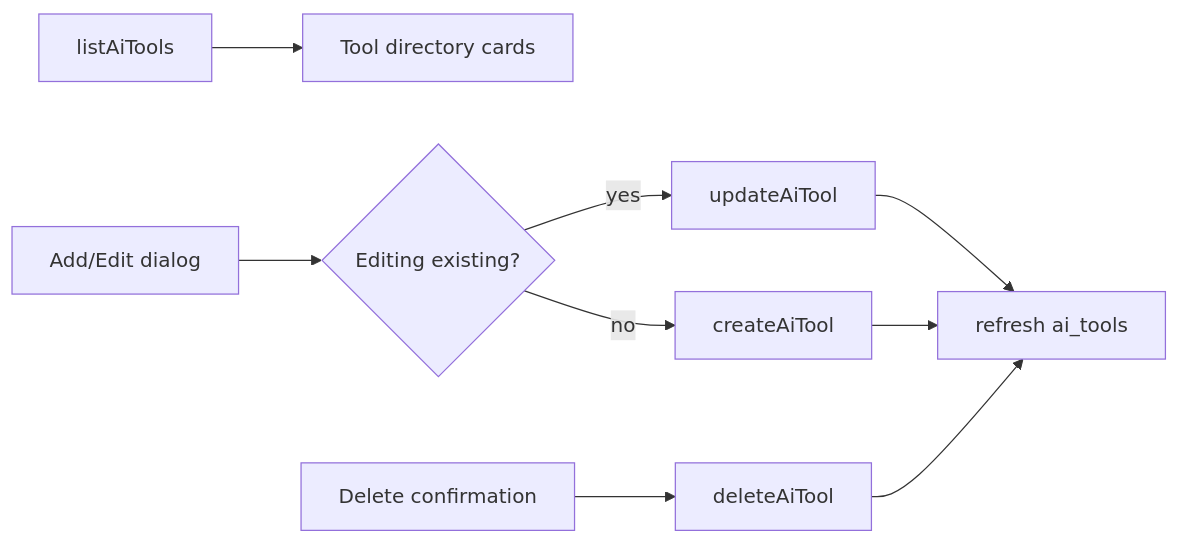
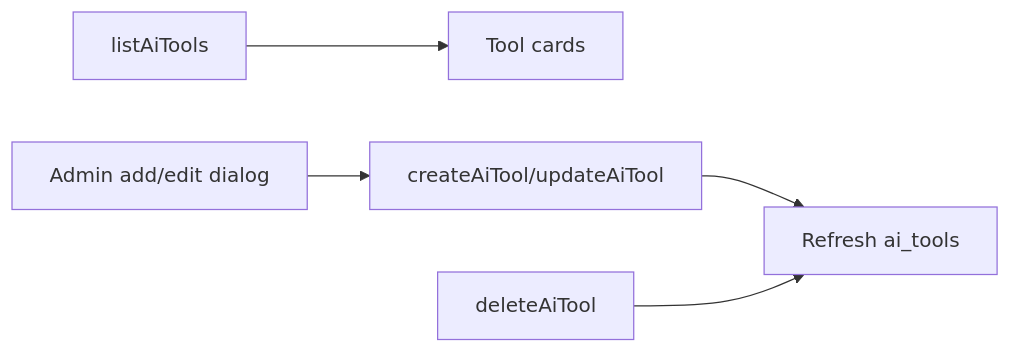
Diagram 12 of 17 in SYSTEM_FLOW.md (muhammadjamshed7/Assignmentwork), drawn with Mermaid before and after one commit. The commit also changed other lines of this file and 18 other files, not shown here.

````diff
--- a/SYSTEM_FLOW.md
+++ b/SYSTEM_FLOW.md
@@ -360,11 +450,7 @@
 ```mermaid
 flowchart LR
-  ListAiTools[listAiTools] --> Cards[Tool directory cards]
-  ToolForm[Add/Edit dialog] --> SaveTool{Editing existing?}
-  SaveTool -- yes --> UpdateTool[updateAiTool]
-  SaveTool -- no --> CreateTool[createAiTool]
-  UpdateTool --> Refresh[refresh ai_tools]
-  CreateTool --> Refresh
-  DeleteAction[Delete confirmation] --> DeleteTool[deleteAiTool]
-  DeleteTool --> Refresh
+  ListAiTools[listAiTools] --> Cards[Tool cards]
+  SaveTool[Admin add/edit dialog] --> CreateOrUpdate[createAiTool/updateAiTool]
+  CreateOrUpdate --> Refresh[Refresh ai_tools]
+  DeleteTool[deleteAiTool] --> Refresh
 ```
````
